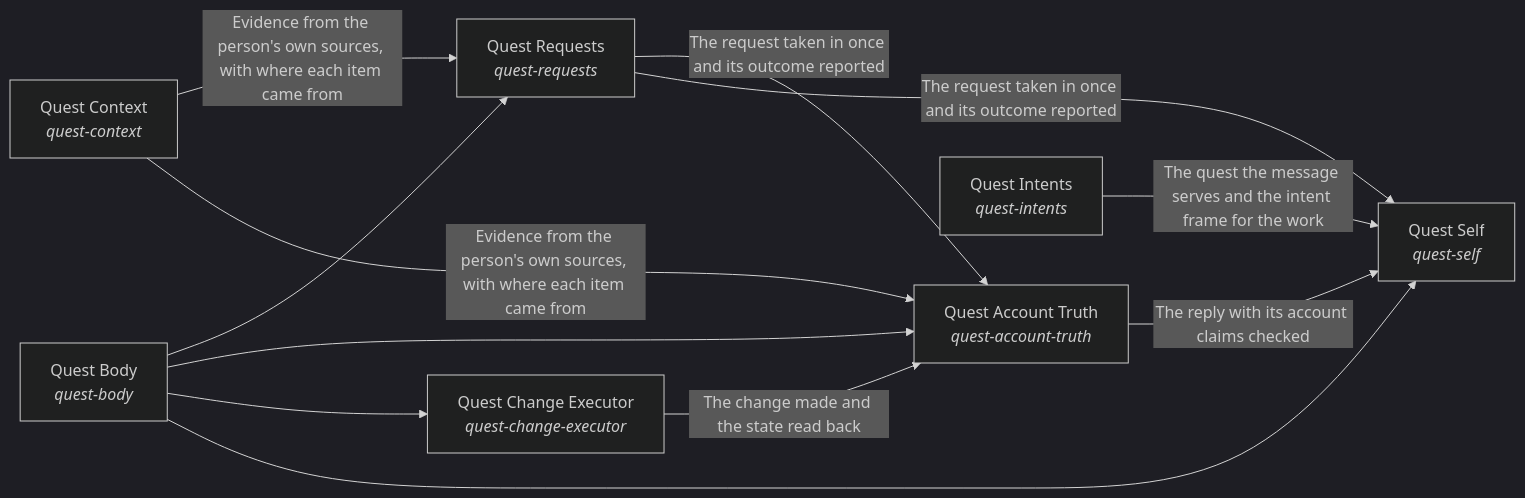
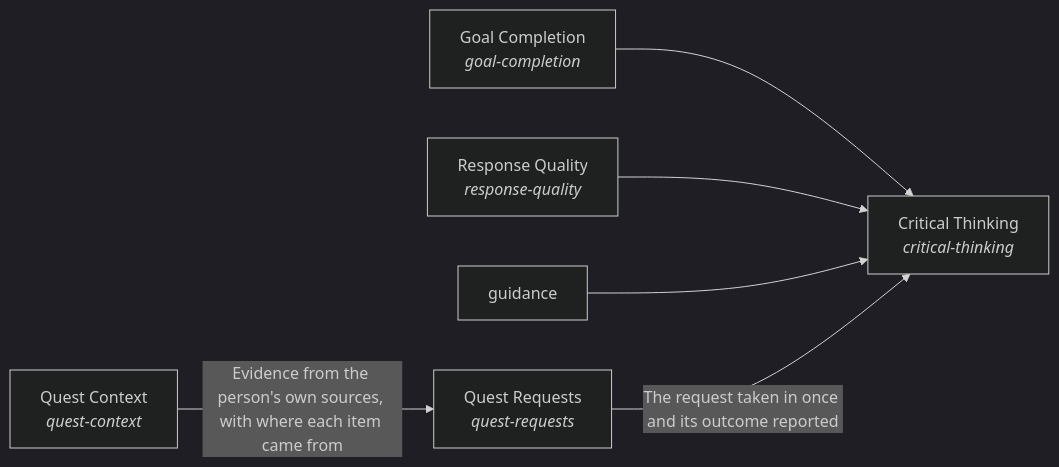
Before and after one commit to SpiritualData/quest-ai-runner: the second of 2 diagrams in quest_ai_runner/README.md, drawn with Mermaid (dark theme). The commit also changed other lines of this file and 91 other files, not shown here.

Commit message:
Intent Evolution interface and its place in the flow (no arm yet), metrics for Intent Evolution and Quest Consciousness, authoritative metrics, overrides, regenerated READMEs and diagrams

````diff
--- a/quest_ai_runner/README.md
+++ b/quest_ai_runner/README.md
@@ -61,21 +123,14 @@
 ```mermaid
 flowchart LR
-    s0["Quest Context<br/><i>quest-context</i>"]
-    s1["Quest Requests<br/><i>quest-requests</i>"]
-    s2["Quest Body<br/><i>quest-body</i>"]
-    s3["Quest Account Truth<br/><i>quest-account-truth</i>"]
-    s4["Quest Change Executor<br/><i>quest-change-executor</i>"]
-    s5["Quest Intents<br/><i>quest-intents</i>"]
-    s6["Quest Self<br/><i>quest-self</i>"]
-    s0 -->|"Evidence from the person's own sources, with where each item came from"| s1
-    s0 -->|"Evidence from the person's own sources, with where each item came from"| s3
-    s1 -->|"The request taken in once and its outcome reported"| s3
-    s1 -->|"The request taken in once and its outcome reported"| s6
-    s2 --> s1
-    s2 --> s3
-    s2 --> s4
-    s2 --> s6
-    s3 -->|"The reply with its account claims checked"| s6
-    s4 -->|"The change made and the state read back"| s3
-    s5 -->|"The quest the message serves and the intent frame for the work"| s6
+    s0["Critical Thinking<br/><i>critical-thinking</i>"]
+    s1["Goal Completion<br/><i>goal-completion</i>"]
+    s2["Response Quality<br/><i>response-quality</i>"]
+    s3["guidance"]
+    s4["Quest Context<br/><i>quest-context</i>"]
+    s5["Quest Requests<br/><i>quest-requests</i>"]
+    s1 --> s0
+    s2 --> s0
+    s3 --> s0
+    s4 -->|"Evidence from the person's own sources, with where each item came from"| s5
+    s5 -->|"The request taken in once and its outcome reported"| s0
 ```
````
